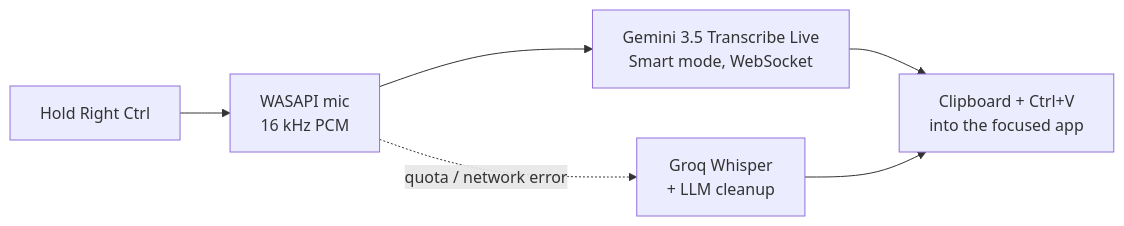
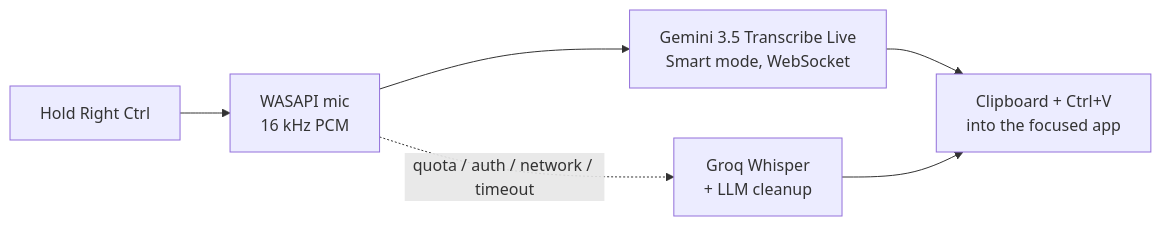
The diagram in README.md (Denmurzik/SaySo), drawn with Mermaid before and after one commit. The commit also changed other lines of this file and 6 other files, not shown here.

````diff
--- a/README.md
+++ b/README.md
@@ -27,8 +27,8 @@
 ```mermaid
 flowchart LR
     K[Hold Right Ctrl] --> M[WASAPI mic<br/>16 kHz PCM]
     M --> G[Gemini 3.5 Transcribe Live<br/>Smart mode, WebSocket]
-    M -. quota / network error .-> W[Groq Whisper<br/>+ LLM cleanup]
+    M -. quota / auth / network / timeout .-> W[Groq Whisper<br/>+ LLM cleanup]
     G --> P[Clipboard + Ctrl+V<br/>into the focused app]
     W --> P
 ```
````
